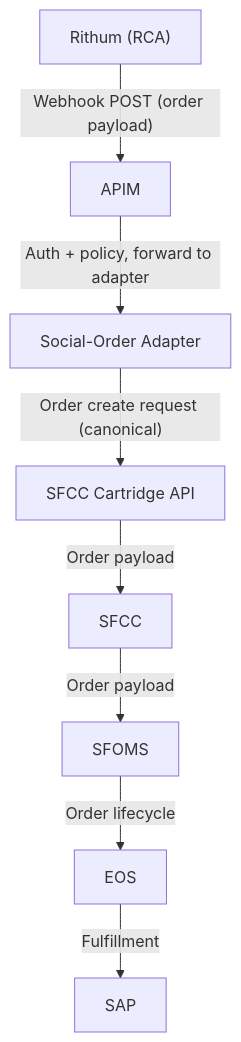
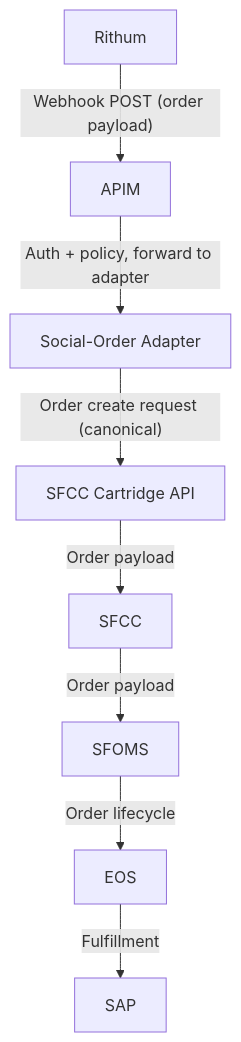
One commit to alienfacepalm/columbia-social-order-use-case changed the sixth of 11 diagrams in presentation/advanced.md. Above: the diagram before and after it, drawn with Mermaid. The commit also changed other lines of this file and 7 other files, not shown here.

````diff
--- a/presentation/advanced.md
+++ b/presentation/advanced.md
@@ -226,10 +225,10 @@
 ```mermaid
 flowchart TB
-    R["Rithum (RCA)"] -->|"Webhook POST (order payload)"| APIM["APIM"]
+    R["Rithum"] -->|"Webhook POST (order payload)"| APIM["APIM"]
     APIM -->|"Auth + policy, forward to adapter"| FA["Social-Order Adapter"]
     FA -->|"Order create request (canonical)"| CART["SFCC Cartridge API"]
     CART -->|"Order payload"| SFCC["SFCC"]
     SFCC -->|"Order payload"| SFOMS["SFOMS"]
     SFOMS -->|"Order lifecycle"| EOS["EOS"]
     EOS -->|"Fulfillment"| SAP["SAP"]
 ```
````
